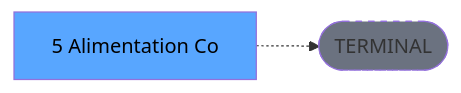
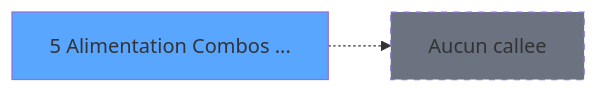
Before and after one commit to thonyAGP/lecteur-magic: the third of 3 diagrams in .openspec/specs/ADH-IDE-5.md, drawn with Mermaid. The commit also changed other lines of this file and 96 other files, not shown here.

````diff
--- a/.openspec/specs/ADH-IDE-5.md
+++ b/.openspec/specs/ADH-IDE-5.md
@@ -134,8 +143,8 @@
 ```mermaid
 graph LR
-    T[5 Alimentation Co]
-    TERM([TERMINAL])
-    T -.-> TERM
-    style TERM fill:#6b7280,stroke-dasharray: 5 5
-    style T fill:#58a6ff,color:#000
+    T5[5 Alimentation Combos ...]
+    style T5 fill:#58a6ff
+    NONE[Aucun callee]
+    T5 -.-> NONE
+    style NONE fill:#6b7280,stroke-dasharray: 5 5
 ```
````
